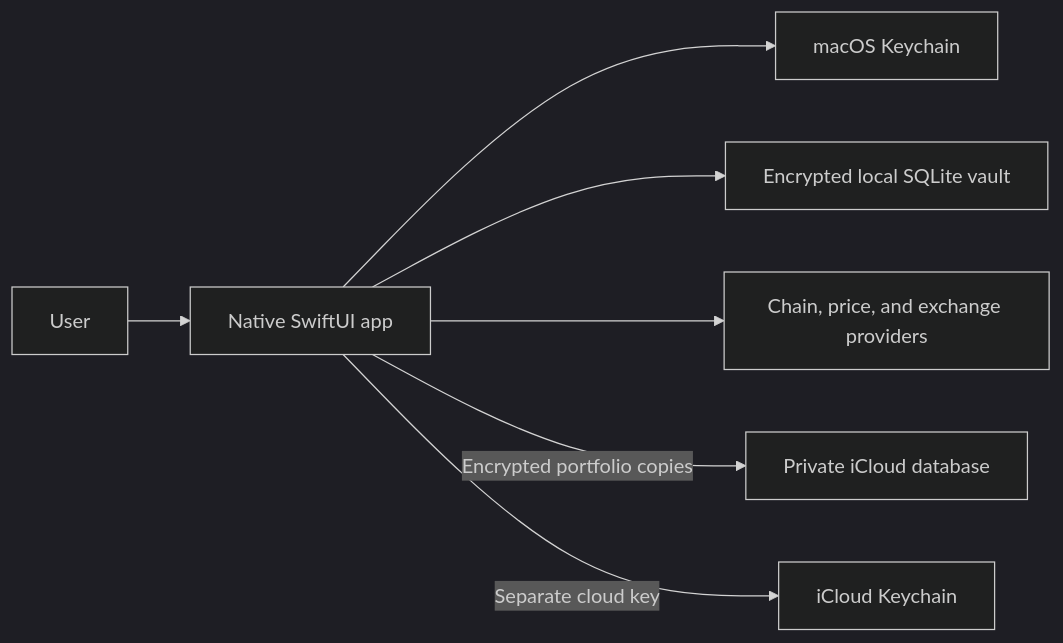
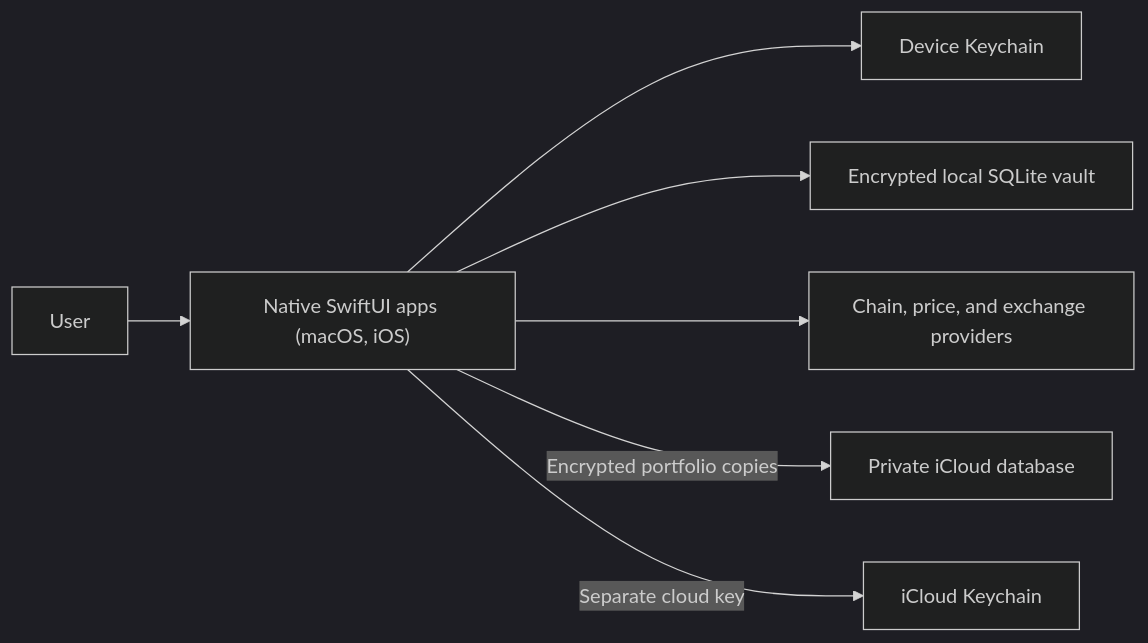
Before and after one commit to girginomer10/address-atlas: the diagram in README.md, drawn with Mermaid (dark theme). The commit also changed other lines of this file and 15 other files, not shown here.

````diff
--- a/README.md
+++ b/README.md
@@ -64,9 +65,9 @@
 ```mermaid
 flowchart LR
-    U["User"] --> M["Native SwiftUI app"]
-    M --> K["macOS Keychain"]
+    U["User"] --> M["Native SwiftUI apps (macOS, iOS)"]
+    M --> K["Device Keychain"]
     M --> L["Encrypted local SQLite vault"]
     M --> P["Chain, price, and exchange providers"]
     M -->|"Encrypted portfolio copies"| S["Private iCloud database"]
     M -->|"Separate cloud key"| C["iCloud Keychain"]
 ```
````
